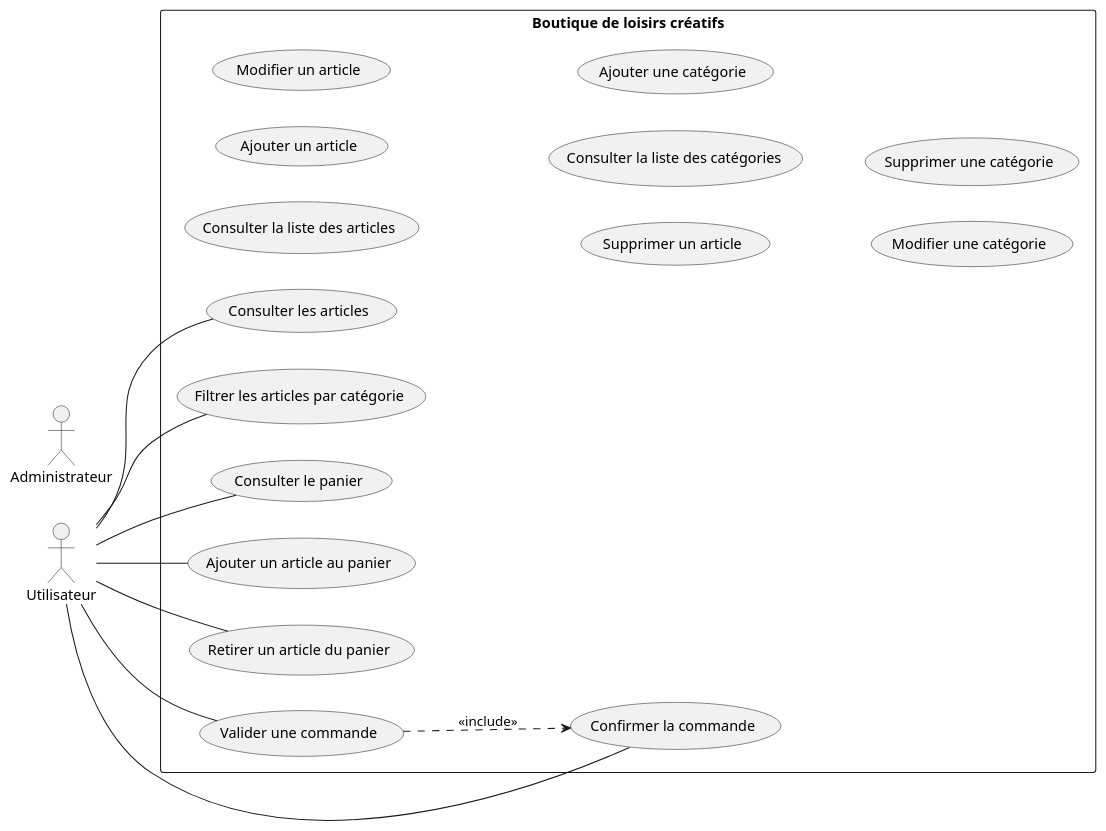
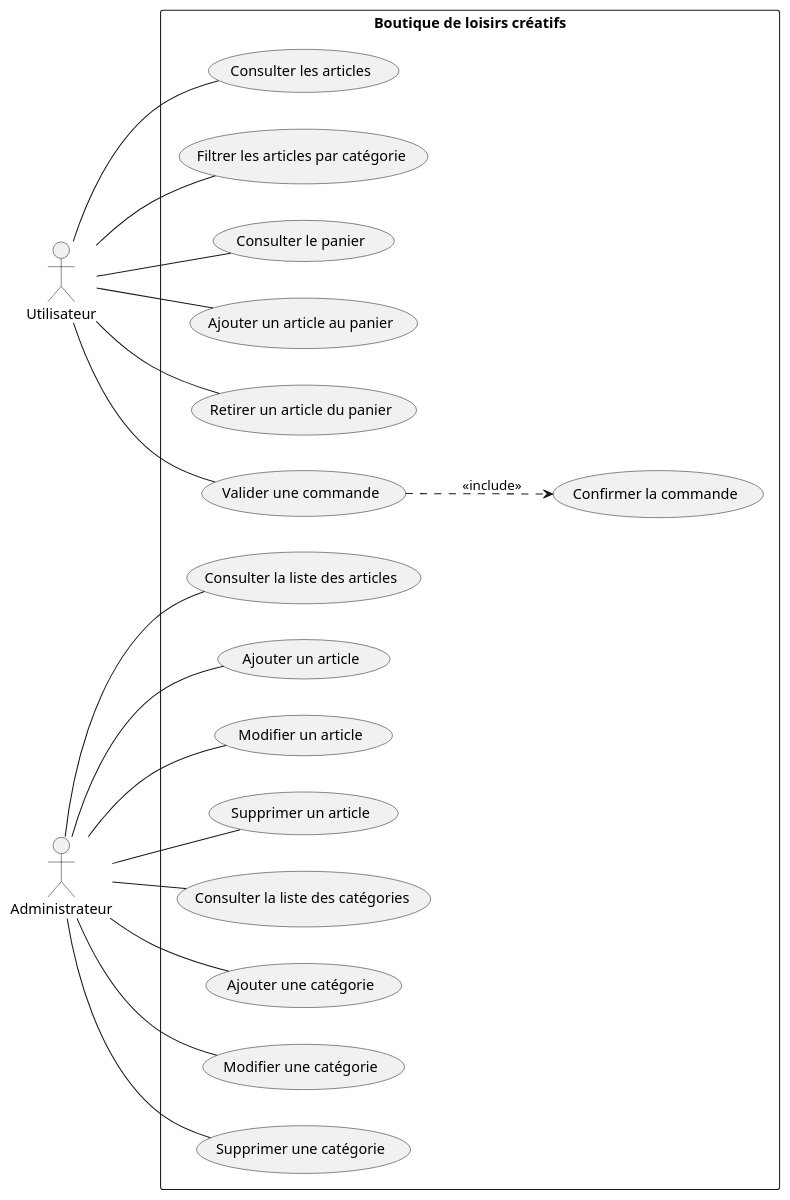
The diagram in conception/useCase.puml (PinsolleP/Dev-Web-Boutique-en-ligne), drawn with PlantUML before and after one commit.

Commit message:
Mise en forme

```diff
--- a/conception/useCase.puml
+++ b/conception/useCase.puml
@@ -1,37 +1,47 @@
 @startuml
 left to right direction
 
 actor "Utilisateur" as U
 actor "Administrateur" as A
 
 rectangle "Boutique de loisirs créatifs" {
     usecase "Consulter les articles" as UC1
     usecase "Filtrer les articles par catégorie" as UC2
     usecase "Consulter le panier" as UC3
     usecase "Ajouter un article au panier" as UC4
     usecase "Retirer un article du panier" as UC5
     usecase "Valider une commande" as UC6
     usecase "Confirmer la commande" as UC7
 
     usecase "Consulter la liste des articles" as UC8
     usecase "Ajouter un article" as UC9
     usecase "Modifier un article" as UC10
     usecase "Supprimer un article" as UC11
     usecase "Consulter la liste des catégories" as UC12
     usecase "Ajouter une catégorie" as UC13
     usecase "Modifier une catégorie" as UC14
     usecase "Supprimer une catégorie" as UC15
 
+    UC6 -[hidden]down- UC7
+
 }
 
 U -- UC1
 U -- UC2
 U -- UC3
 U -- UC4
 U -- UC5
 U -- UC6
-U -- UC7
+
+A -- UC8
+A -- UC9
+A -- UC10
+A -- UC11
+A -- UC12
+A -- UC13
+A -- UC14
+A -- UC15
 
 UC6 ..> UC7 : <<include>>
 
 @enduml
```
